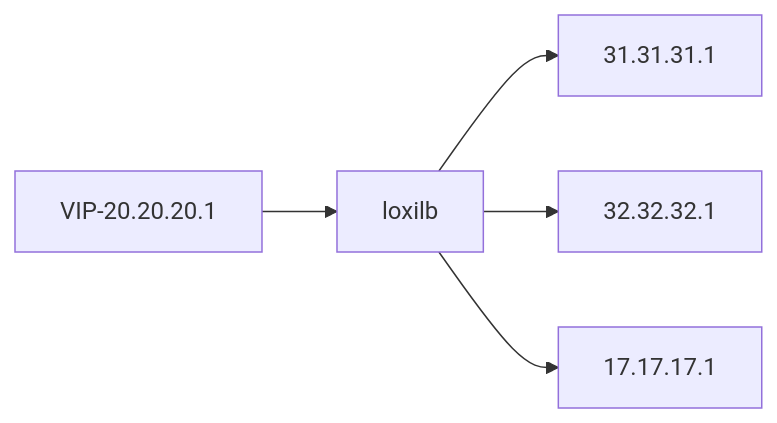
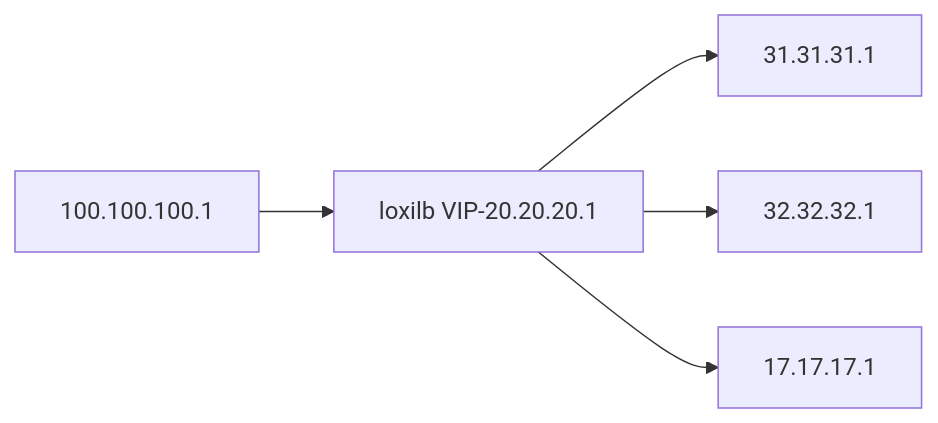
Before and after one commit to loxilb-io/loxilbdocs: the first of 2 diagrams in docs/perf-multi.md, drawn with Mermaid. The commit also changed other lines of this file, not shown here.

````diff
--- a/docs/perf-multi.md
+++ b/docs/perf-multi.md
@@ -5,7 +5,7 @@
 ```mermaid
 graph LR;
-    A[VIP-20.20.20.1]-->B[loxilb];
+    A[100.100.100.1]-->B[loxilb VIP-20.20.20.1];
     B-->C[31.31.31.1];
     B-->D[32.32.32.1];
     B-->E[17.17.17.1];
 ```
````
